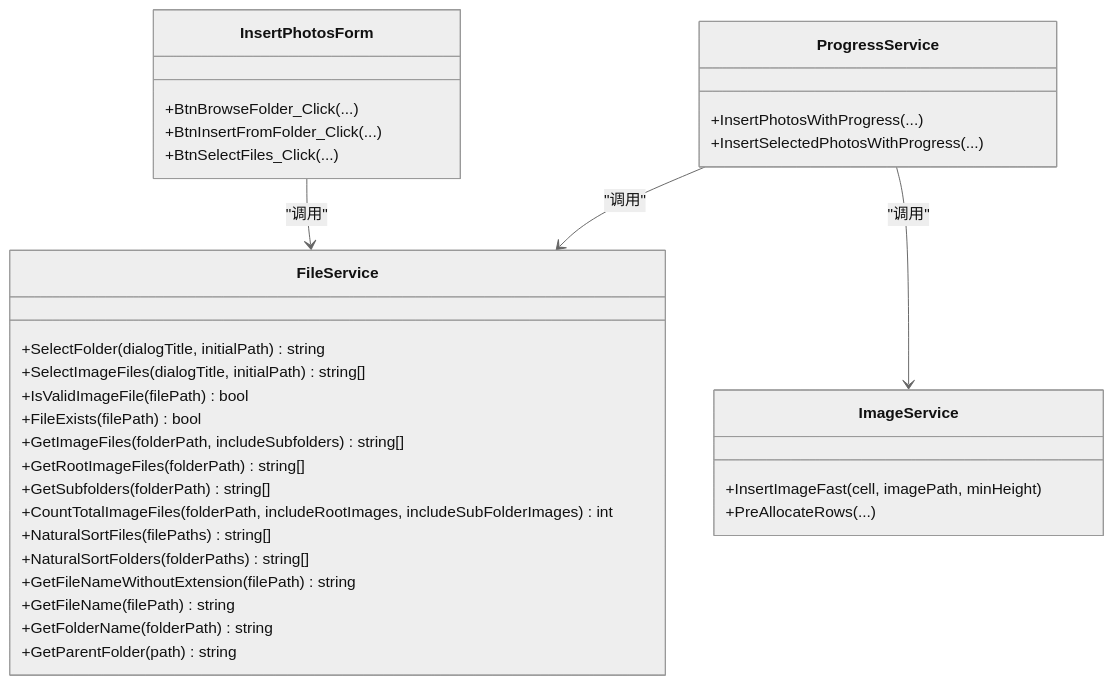
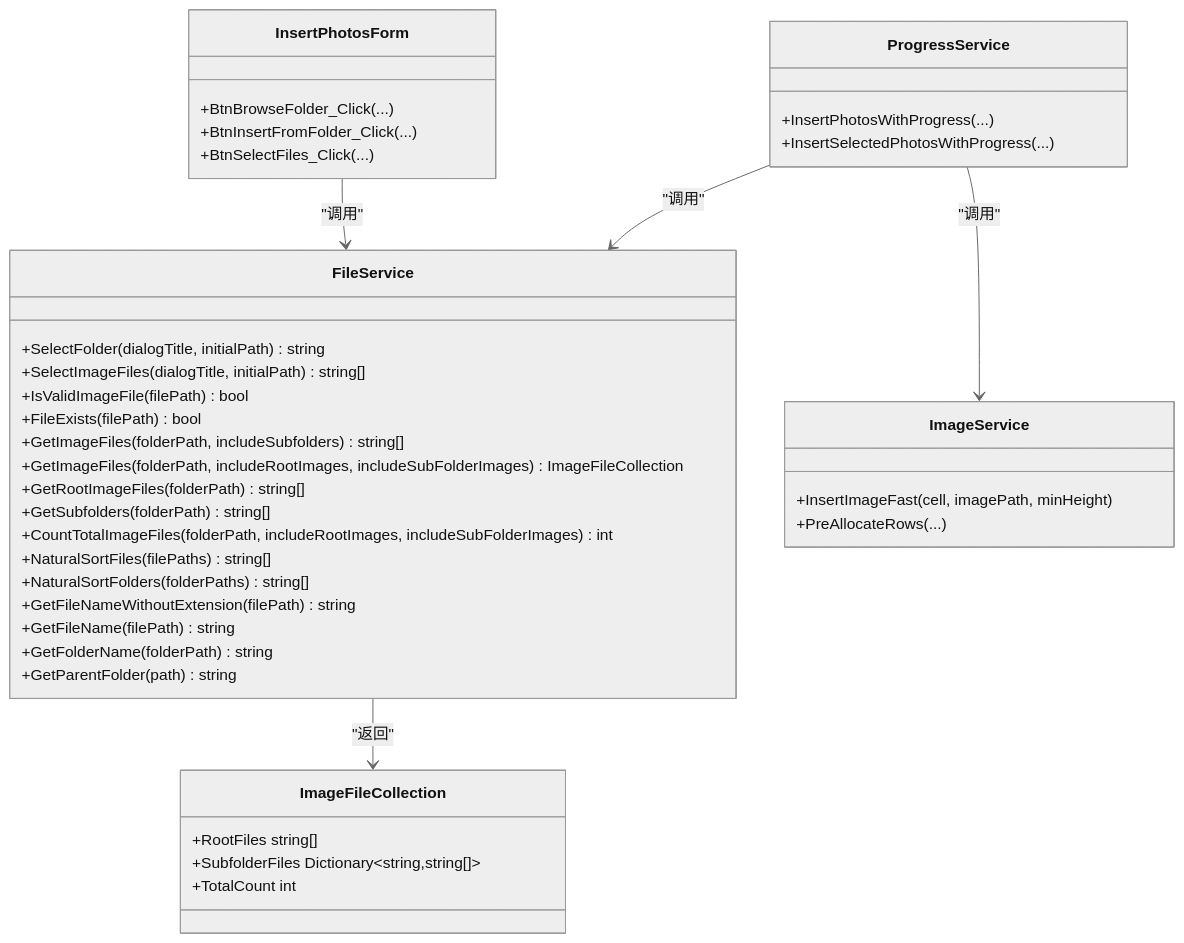
Before and after one commit to rainiva/WordTools: the second of 5 diagrams in .qoder/repowiki/zh/content/服务层/文件服务.md, drawn with Mermaid (neutral theme). The commit also changed other lines of this file and 12 other files, not shown here.

````diff
--- a/.qoder/repowiki/zh/content/服务层/文件服务.md
+++ b/.qoder/repowiki/zh/content/服务层/文件服务.md
@@ -80,35 +86,42 @@
 ```mermaid
 classDiagram
 class FileService {
 +SelectFolder(dialogTitle, initialPath) string
 +SelectImageFiles(dialogTitle, initialPath) string[]
 +IsValidImageFile(filePath) bool
 +FileExists(filePath) bool
 +GetImageFiles(folderPath, includeSubfolders) string[]
++GetImageFiles(folderPath, includeRootImages, includeSubFolderImages) ImageFileCollection
 +GetRootImageFiles(folderPath) string[]
 +GetSubfolders(folderPath) string[]
 +CountTotalImageFiles(folderPath, includeRootImages, includeSubFolderImages) int
 +NaturalSortFiles(filePaths) string[]
 +NaturalSortFolders(folderPaths) string[]
 +GetFileNameWithoutExtension(filePath) string
 +GetFileName(filePath) string
 +GetFolderName(folderPath) string
 +GetParentFolder(path) string
+}
+class ImageFileCollection {
++RootFiles string[]
++SubfolderFiles Dictionary~string,string[]~
++TotalCount int
 }
 class InsertPhotosForm {
 +BtnBrowseFolder_Click(...)
 +BtnInsertFromFolder_Click(...)
 +BtnSelectFiles_Click(...)
 }
 class ProgressService {
 +InsertPhotosWithProgress(...)
 +InsertSelectedPhotosWithProgress(...)
 }
 class ImageService {
 +InsertImageFast(cell, imagePath, minHeight)
 +PreAllocateRows(...)
 }
 InsertPhotosForm --> FileService : "调用"
 ProgressService --> FileService : "调用"
 ProgressService --> ImageService : "调用"
+FileService --> ImageFileCollection : "返回"
 ```
````
